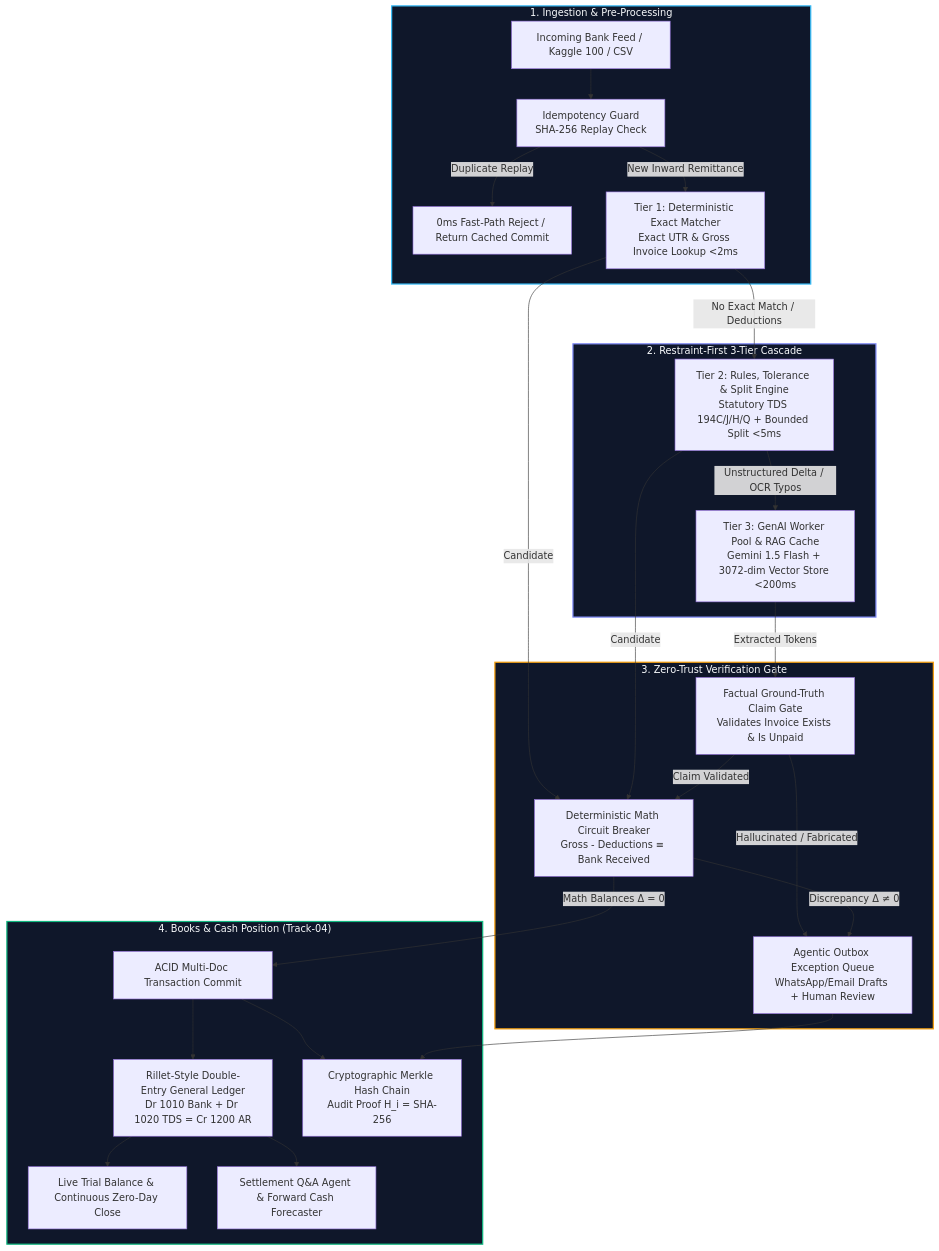
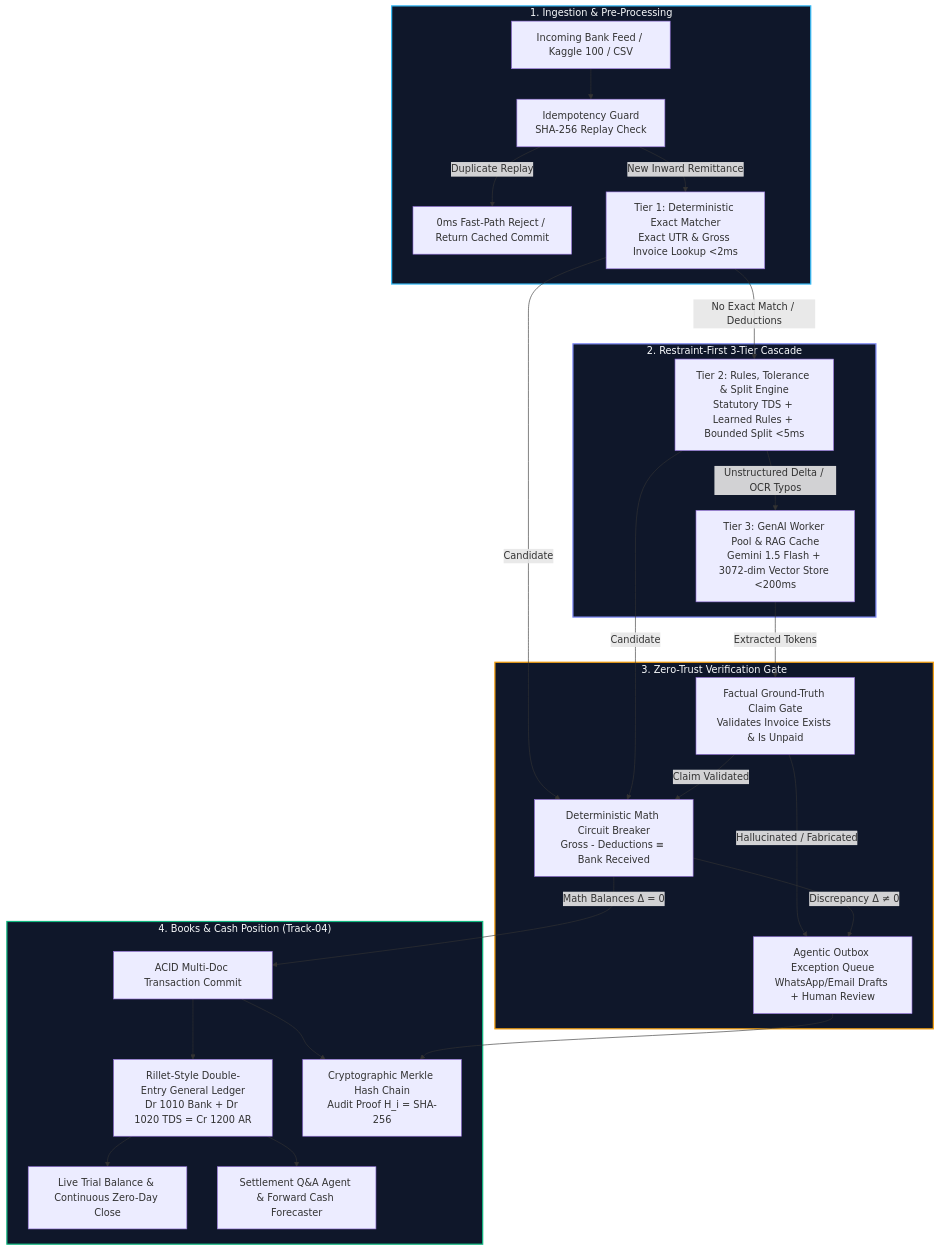
The diagram in README.md (aakashverse/recon-ai), drawn with Mermaid before and after one commit. The commit also changed other lines of this file and 1 other file, not shown here.

````diff
--- a/README.md
+++ b/README.md
@@ -61,37 +63,37 @@
 ```mermaid
 flowchart TD
     subgraph INGESTION["1. Ingestion & Pre-Processing"]
         A[Incoming Bank Feed / Kaggle 100 / CSV] --> B[Idempotency Guard<br/>SHA-256 Replay Check]
         B -->|Duplicate Replay| B1[0ms Fast-Path Reject / Return Cached Commit]
         B -->|New Inward Remittance| TIER1
     end
 
     subgraph CASCADE["2. Restraint-First 3-Tier Cascade"]
         TIER1[Tier 1: Deterministic Exact Matcher<br/>Exact UTR & Gross Invoice Lookup <2ms]
-        TIER1 -->|No Exact Match / Deductions| TIER2[Tier 2: Rules, Tolerance & Split Engine<br/>Statutory TDS 194C/J/H/Q + Bounded Split <5ms]
+        TIER1 -->|No Exact Match / Deductions| TIER2[Tier 2: Rules, Tolerance & Split Engine<br/>Statutory TDS + Learned Rules + Bounded Split <5ms]
         TIER2 -->|Unstructured Delta / OCR Typos| TIER3[Tier 3: GenAI Worker Pool & RAG Cache<br/>Gemini 1.5 Flash + 3072-dim Vector Store <200ms]
     end
 
     subgraph ZERO_TRUST["3. Zero-Trust Verification Gate"]
         TIER1 -->|Candidate| CB[Deterministic Math Circuit Breaker<br/>Gross - Deductions ≡ Bank Received]
         TIER2 -->|Candidate| CB
         TIER3 -->|Extracted Tokens| FG[Factual Ground-Truth Claim Gate<br/>Validates Invoice Exists & Is Unpaid]
         FG -->|Claim Validated| CB
         FG -->|Hallucinated / Fabricated| OUTBOX[Agentic Outbox Exception Queue<br/>WhatsApp/Email Drafts + Human Review]
     end
 
     subgraph COMMIT_AUDIT["4. Books & Cash Position (Track-04)"]
         CB -->|Math Balances Δ = 0| COMMIT[ACID Multi-Doc Transaction Commit]
         CB -->|Discrepancy Δ ≠ 0| OUTBOX
         COMMIT --> GL[Rillet-Style Double-Entry General Ledger<br/>Dr 1010 Bank + Dr 1020 TDS = Cr 1200 AR]
         COMMIT --> HASH[Cryptographic Merkle Hash Chain<br/>Audit Proof H_i = SHA-256]
         OUTBOX --> HASH
         GL --> TB[Live Trial Balance & Continuous Zero-Day Close]
         GL --> FORECAST[Settlement Q&A Agent & Forward Cash Forecaster]
     end
 
     style INGESTION fill:#0f172a,stroke:#38bdf8,stroke-width:2px,color:#f8fafc
     style CASCADE fill:#0f172a,stroke:#818cf8,stroke-width:2px,color:#f8fafc
     style ZERO_TRUST fill:#0f172a,stroke:#f59e0b,stroke-width:2px,color:#f8fafc
     style COMMIT_AUDIT fill:#0f172a,stroke:#10b981,stroke-width:2px,color:#f8fafc
 ```
````
